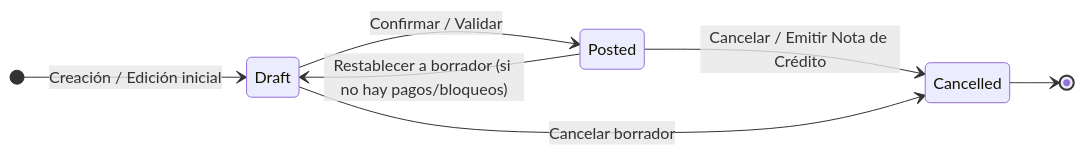
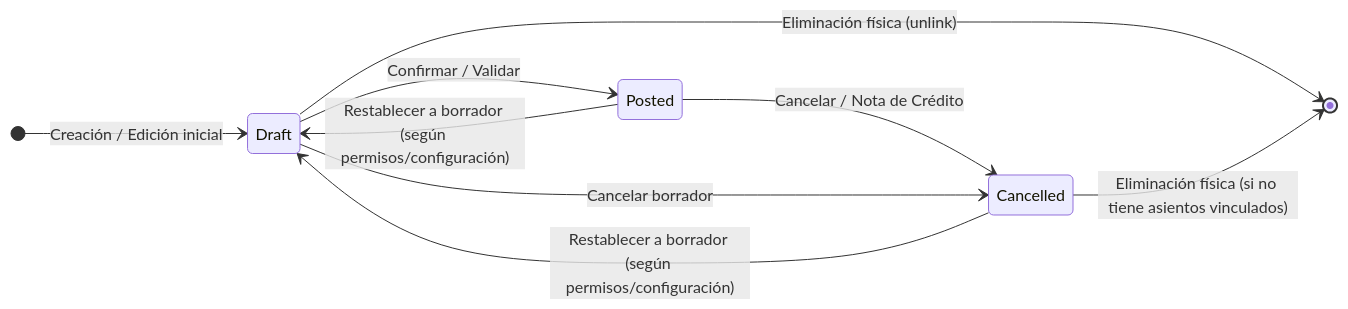
One commit to LeonHatches/fsi-erp-cuentas-por-pagar changed the first of 2 diagrams in docs/referencias/odoo-primer-crud.md. Above: the diagram before and after it, drawn with Mermaid. The commit also changed other lines of this file and 1 other file, not shown here.

````diff
--- a/docs/referencias/odoo-primer-crud.md
+++ b/docs/referencias/odoo-primer-crud.md
@@ -38,10 +39,12 @@
 ```mermaid
 stateDiagram-v2
     direction LR
     [*] --> Draft: Creación / Edición inicial
     Draft --> Posted: Confirmar / Validar
-    Posted --> Draft: Restablecer a borrador (si no hay pagos/bloqueos)
-    Posted --> Cancelled: Cancelar / Emitir Nota de Crédito
+    Posted --> Draft: Restablecer a borrador (según permisos/configuración)
+    Posted --> Cancelled: Cancelar / Nota de Crédito
     Draft --> Cancelled: Cancelar borrador
-    Cancelled --> [*]
+    Draft --> [*]: Eliminación física (unlink)
+    Cancelled --> Draft: Restablecer a borrador (según permisos/configuración)
+    Cancelled --> [*]: Eliminación física (si no tiene asientos vinculados)
 ```
````
